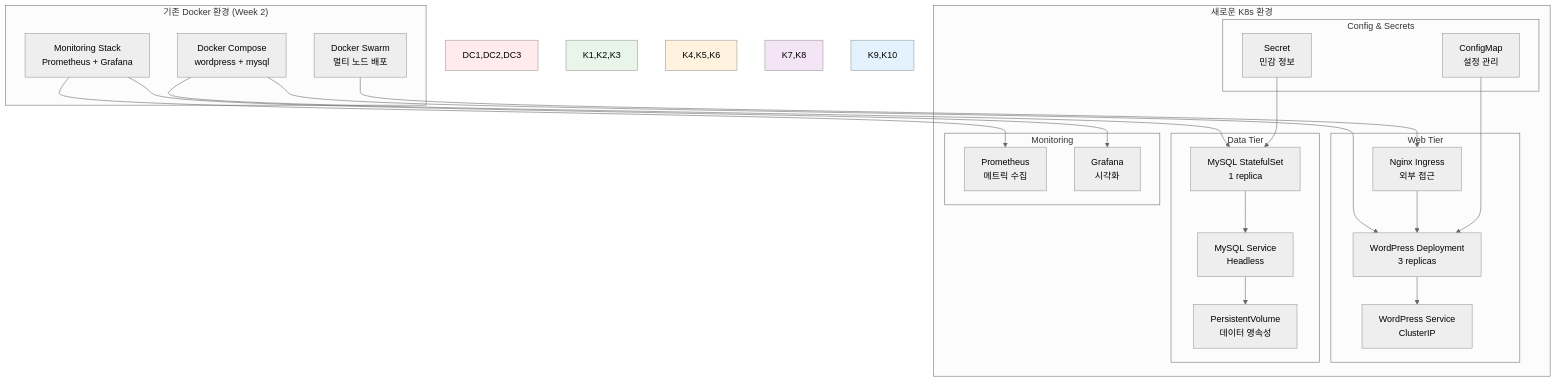
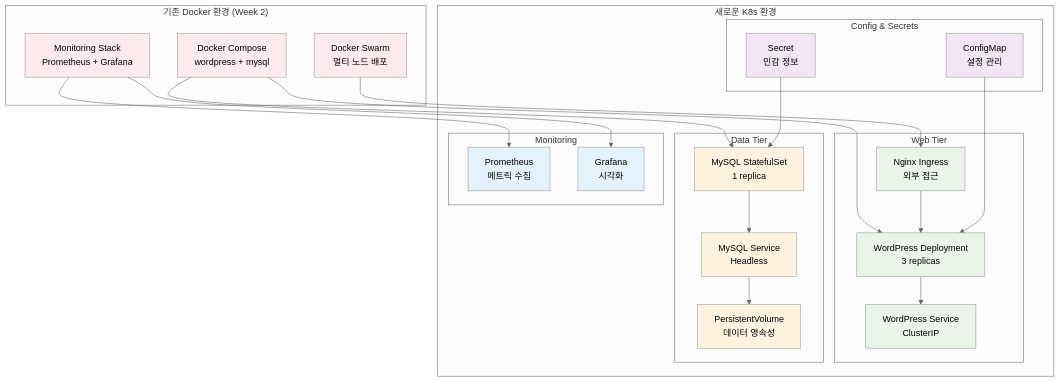
Before and after one commit to niceguy61/kdt_devops_lecture_2025: the diagram in theory/week_02/day4/lab_2.md, drawn with Mermaid (neutral theme). The commit also changed 63 other files, not shown here.

````diff
--- a/theory/week_02/day4/lab_2.md
+++ b/theory/week_02/day4/lab_2.md
@@ -30,51 +30,59 @@
 ```mermaid
 graph TB
     subgraph "기존 Docker 환경 (Week 2)"
         DC1[Docker Compose<br/>wordpress + mysql]
         DC2[Docker Swarm<br/>멀티 노드 배포]
         DC3[Monitoring Stack<br/>Prometheus + Grafana]
     end
     
     subgraph "새로운 K8s 환경"
         subgraph "Web Tier"
             K1[Nginx Ingress<br/>외부 접근]
             K2[WordPress Deployment<br/>3 replicas]
             K3[WordPress Service<br/>ClusterIP]
         end
         
         subgraph "Data Tier"
             K4[MySQL StatefulSet<br/>1 replica]
             K5[MySQL Service<br/>Headless]
             K6[PersistentVolume<br/>데이터 영속성]
         end
         
         subgraph "Config & Secrets"
             K7[ConfigMap<br/>설정 관리]
             K8[Secret<br/>민감 정보]
         end
         
         subgraph "Monitoring"
             K9[Prometheus<br/>메트릭 수집]
             K10[Grafana<br/>시각화]
         end
     end
     
     DC1 --> K2
     DC1 --> K4
     DC2 --> K1
     DC3 --> K9
     DC3 --> K10
     
     K1 --> K2
     K2 --> K3
     K4 --> K5
     K5 --> K6
     K7 --> K2
     K8 --> K4
     
-    style DC1,DC2,DC3 fill:#ffebee
-    style K1,K2,K3 fill:#e8f5e8
-    style K4,K5,K6 fill:#fff3e0
-    style K7,K8 fill:#f3e5f5
-    style K9,K10 fill:#e3f2fd
+    style DC1 fill:#ffebee
+    style DC2 fill:#ffebee
+    style DC3 fill:#ffebee
+    style K1 fill:#e8f5e8
+    style K2 fill:#e8f5e8
+    style K3 fill:#e8f5e8
+    style K4 fill:#fff3e0
+    style K5 fill:#fff3e0
+    style K6 fill:#fff3e0
+    style K7 fill:#f3e5f5
+    style K8 fill:#f3e5f5
+    style K9 fill:#e3f2fd
+    style K10 fill:#e3f2fd
 ```
````
